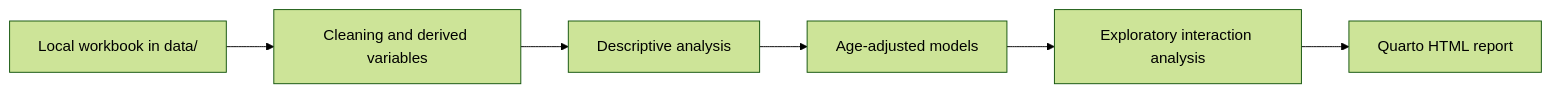
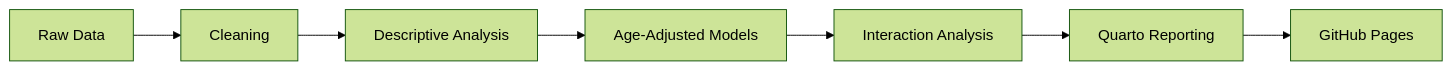
The diagram in README.md (makotoy56/public-health-statistics-workflow), drawn with Mermaid (forest theme) before and after one commit. The commit also changed other lines of this file, not shown here.

````diff
--- a/README.md
+++ b/README.md
@@ -51,8 +18,9 @@
 ```mermaid
 flowchart LR
-  A[Local workbook in data/] --> B[Cleaning and derived variables]
-  B --> C[Descriptive analysis]
-  C --> D[Age-adjusted models]
-  D --> E[Exploratory interaction analysis]
-  E --> F[Quarto HTML report]
+  A[Raw Data] --> B[Cleaning]
+  B --> C[Descriptive Analysis]
+  C --> D[Age-Adjusted Models]
+  D --> E[Interaction Analysis]
+  E --> F[Quarto Reporting]
+  F --> G[GitHub Pages]
 ```
````
